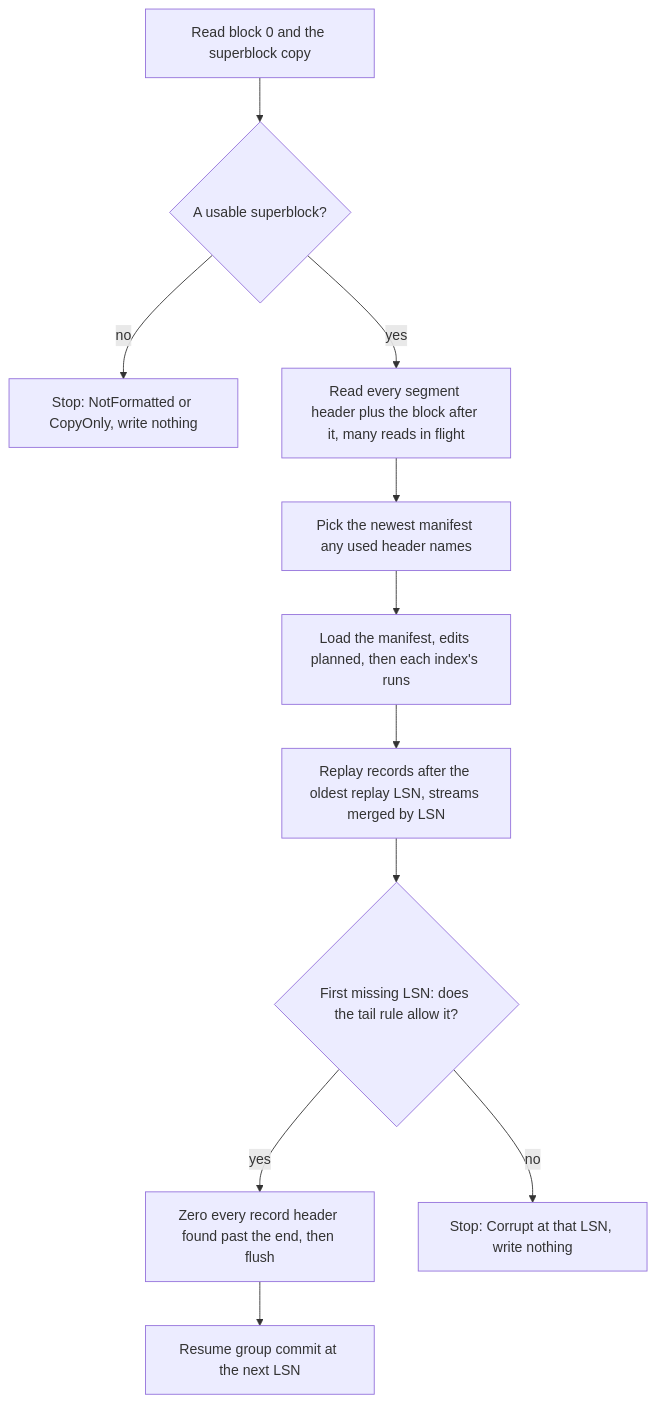
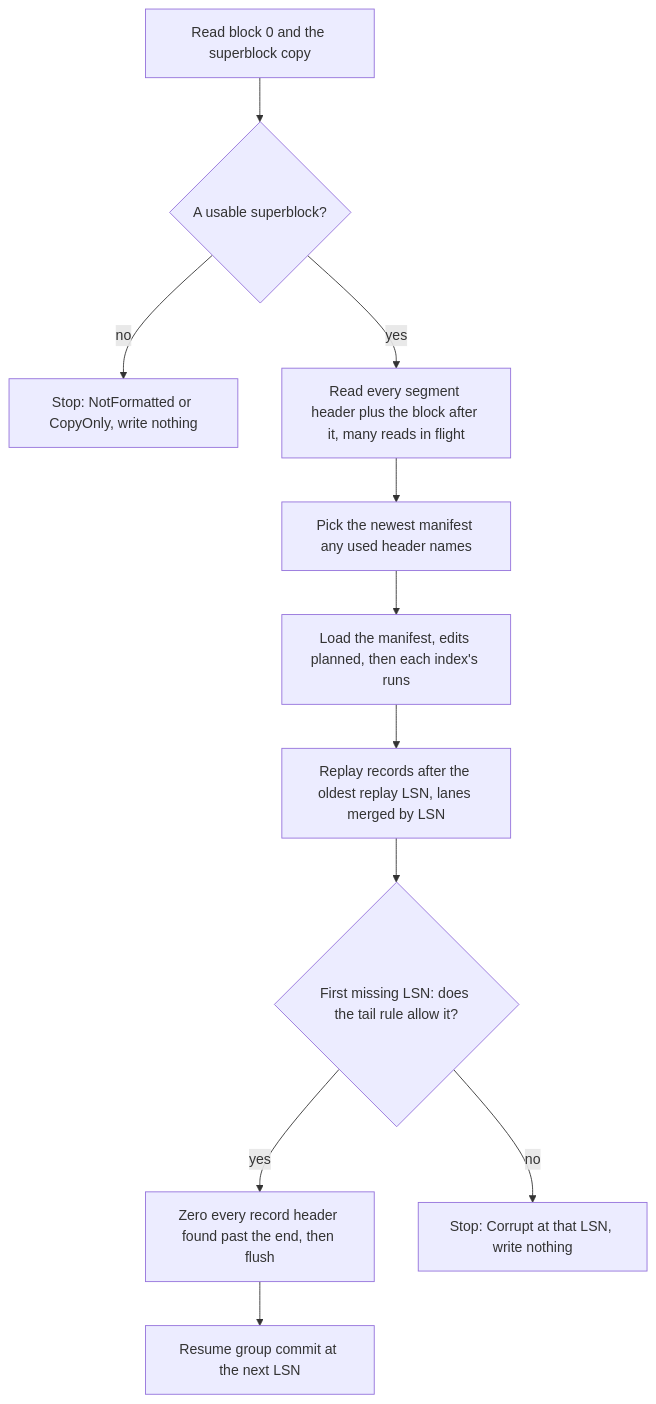
Before and after one commit to nvcnvn/rock-solid: the second of 2 diagrams in blogs/04-one-log-per-disk.md, drawn with Mermaid. The commit also changed other lines of this file and 12 other files, not shown here.

````diff
--- a/blogs/04-one-log-per-disk.md
+++ b/blogs/04-one-log-per-disk.md
@@ -640,13 +656,13 @@
 ```mermaid
 flowchart TD
     A["Read block 0 and the superblock copy"] --> B{"A usable superblock?"}
     B -- "no" --> X["Stop: NotFormatted or CopyOnly, write nothing"]
     B -- "yes" --> C["Read every segment header plus the block after it, many reads in flight"]
     C --> D["Pick the newest manifest any used header names"]
     D --> E["Load the manifest, edits planned, then each index's runs"]
-    E --> F["Replay records after the oldest replay LSN, streams merged by LSN"]
+    E --> F["Replay records after the oldest replay LSN, lanes merged by LSN"]
     F --> G{"First missing LSN: does the tail rule allow it?"}
     G -- "yes" --> H["Zero every record header found past the end, then flush"]
     G -- "no" --> Y["Stop: Corrupt at that LSN, write nothing"]
     H --> I["Resume group commit at the next LSN"]
 ```
````
